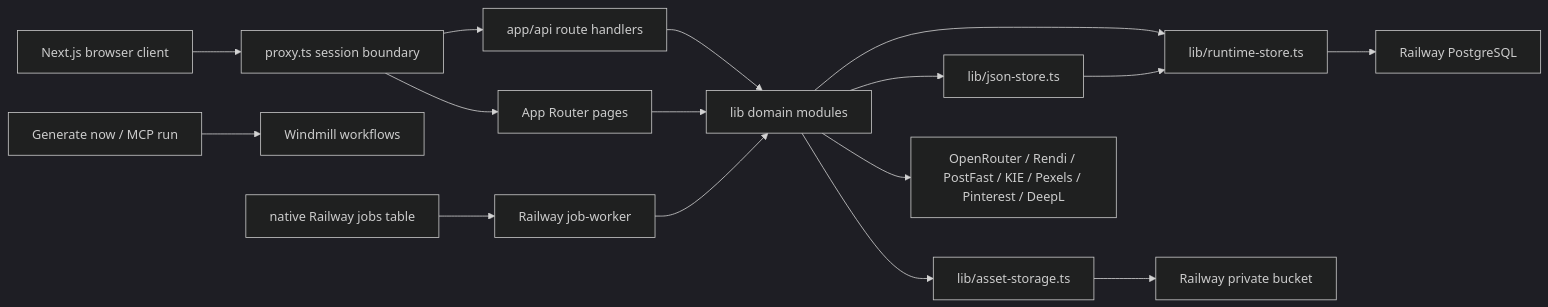
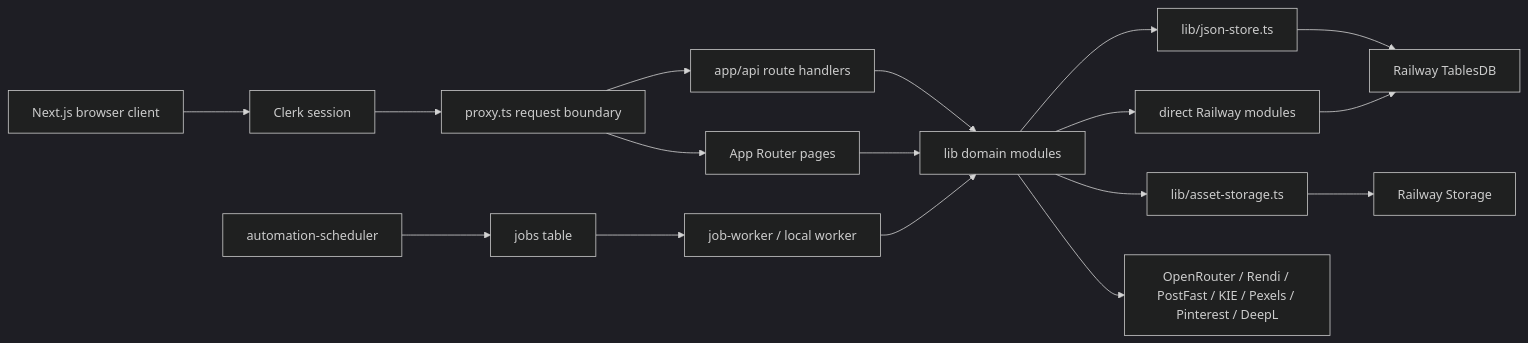
Before and after one commit to xk1234/cfarm: the first of 2 diagrams in docs/data/backend-architecture.md, drawn with Mermaid (dark theme). The commit also changed other lines of this file and 881 other files, not shown here.

````diff
--- a/docs/data/backend-architecture.md
+++ b/docs/data/backend-architecture.md
@@ -16,21 +37,22 @@
 ```mermaid
 flowchart LR
-    Browser["Next.js browser client"] --> Proxy["proxy.ts session boundary"]
+    Browser["Next.js browser client"] --> Clerk["Clerk session"]
+    Clerk --> Proxy["proxy.ts request boundary"]
     Proxy --> Pages["App Router pages"]
     Proxy --> Routes["app/api route handlers"]
 
     Routes --> Domain["lib domain modules"]
     Pages --> Domain
-    ManualRun["Generate now / MCP run"] --> Windmill["Windmill workflows"]
-    Jobs["native Railway jobs table"] --> Worker["Railway job-worker"]
+    Scheduler["automation-scheduler"] --> Jobs["jobs table"]
+    Jobs --> Worker["job-worker / local worker"]
     Worker --> Domain
 
     Domain --> JsonStore["lib/json-store.ts"]
-    Domain --> RuntimeStore["lib/runtime-store.ts"]
-    JsonStore --> RuntimeStore
-    RuntimeStore --> Tables["Railway PostgreSQL"]
+    Domain --> DirectStores["direct Railway modules"]
+    JsonStore --> Tables["Railway TablesDB"]
+    DirectStores --> Tables
     Domain --> Assets["lib/asset-storage.ts"]
-    Assets --> Storage["Railway private bucket"]
+    Assets --> Storage["Railway Storage"]
 
     Domain --> Providers["OpenRouter / Rendi / PostFast / KIE / Pexels / Pinterest / DeepL"]
 ```
````
